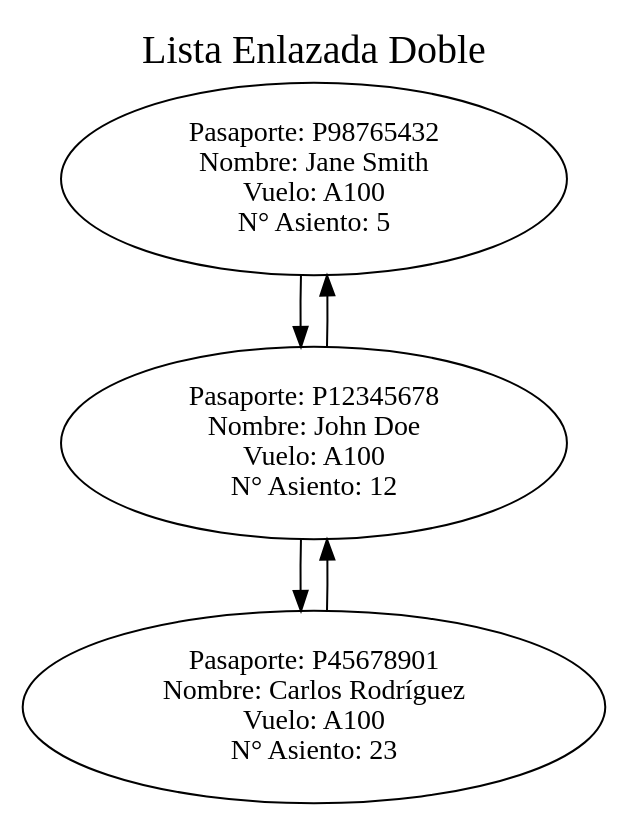
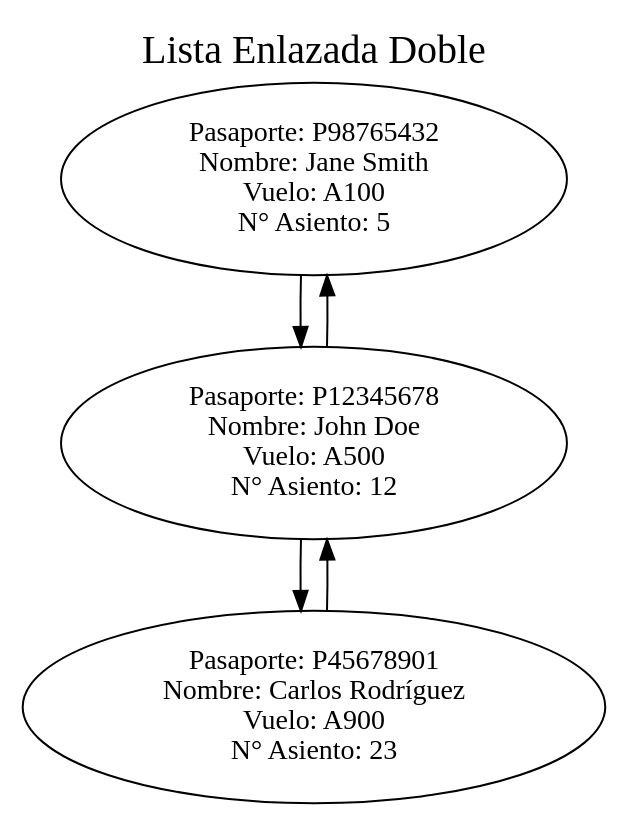
Before and after one commit to miguel-tubac/202101927_EDD_Practica: the diagram in clasesPropias/Grafica4.dot, drawn with Graphviz. The commit also changed 13 other files, not shown here.

```diff
--- a/clasesPropias/Grafica4.dot
+++ b/clasesPropias/Grafica4.dot
@@ -1,23 +1,23 @@
 digraph G { randir = LR;
 label = "Lista Enlazada Doble";
 labelloc = "t";
 fontsize = 20;
 "Pasaporte: P98765432
 Nombre: Jane Smith
 Vuelo: A100
 N° Asiento: 5"->"Pasaporte: P12345678
 Nombre: John Doe
-Vuelo: A100
+Vuelo: A500
 N° Asiento: 12"->"Pasaporte: P45678901
 Nombre: Carlos Rodríguez
-Vuelo: A100
+Vuelo: A900
 N° Asiento: 23""Pasaporte: P45678901
 Nombre: Carlos Rodríguez
-Vuelo: A100
+Vuelo: A900
 N° Asiento: 23"->"Pasaporte: P12345678
 Nombre: John Doe
-Vuelo: A100
+Vuelo: A500
 N° Asiento: 12"->"Pasaporte: P98765432
 Nombre: Jane Smith
 Vuelo: A100
 N° Asiento: 5" ; }
```
